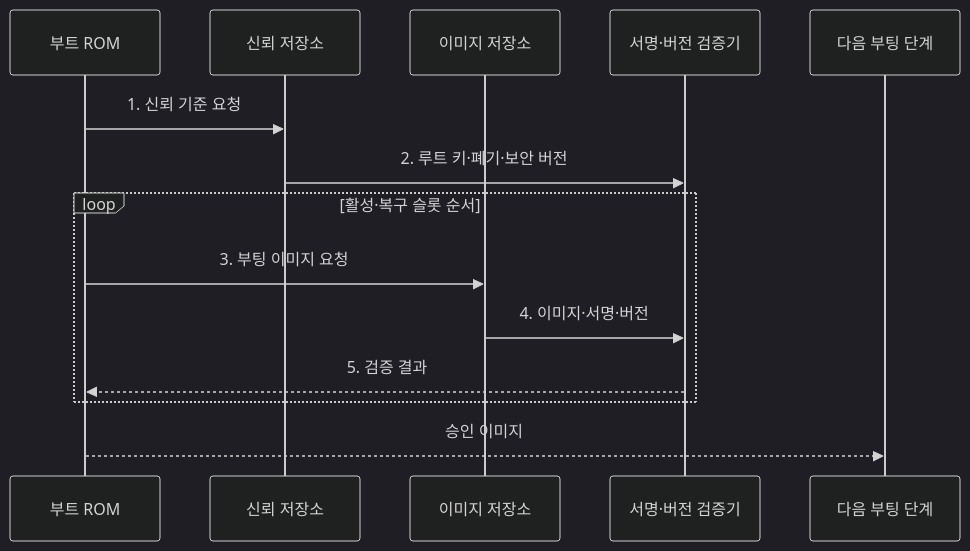
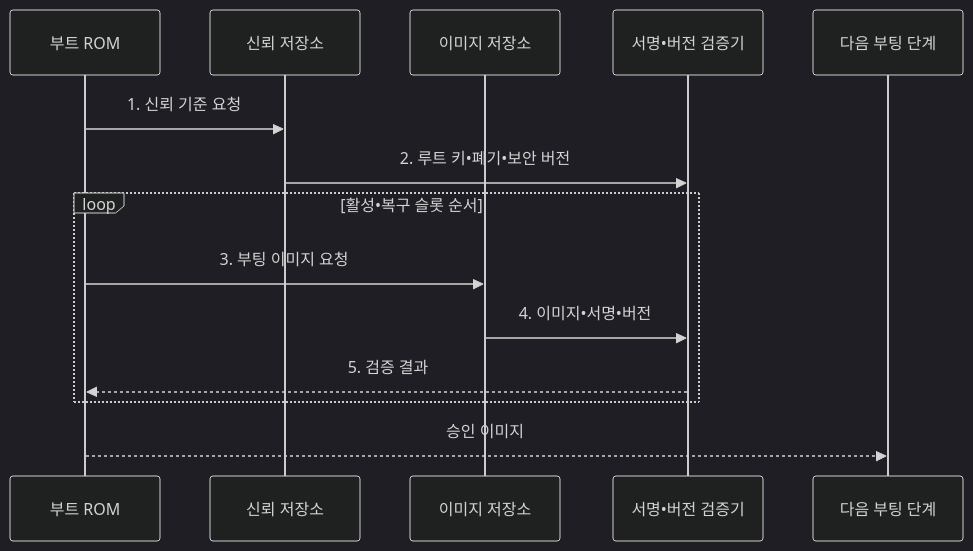
Before and after one commit to agnusdei1207/knowledge-base: the second of 2 diagrams in src/content/docs/notes/02-hardware/068_secure_boot.md, drawn with Mermaid (dark theme). The commit also changed other lines of this file and 953 other files, not shown here.

````diff
--- a/src/content/docs/notes/02-hardware/068_secure_boot.md
+++ b/src/content/docs/notes/02-hardware/068_secure_boot.md
@@ -102,17 +102,17 @@
 ```mermaid
 sequenceDiagram
     participant B as 부트 ROM
     participant T as 신뢰 저장소
     participant S as 이미지 저장소
-    participant V as 서명·버전 검증기
+    participant V as 서명•버전 검증기
     participant N as 다음 부팅 단계
 
     B->>T: 1. 신뢰 기준 요청
-    T->>V: 2. 루트 키·폐기·보안 버전
-    loop 활성·복구 슬롯 순서
+    T->>V: 2. 루트 키•폐기•보안 버전
+    loop 활성•복구 슬롯 순서
         B->>S: 3. 부팅 이미지 요청
-        S->>V: 4. 이미지·서명·버전
+        S->>V: 4. 이미지•서명•버전
         V-->>B: 5. 검증 결과
     end
     B-->>N: 승인 이미지
 ```
````
